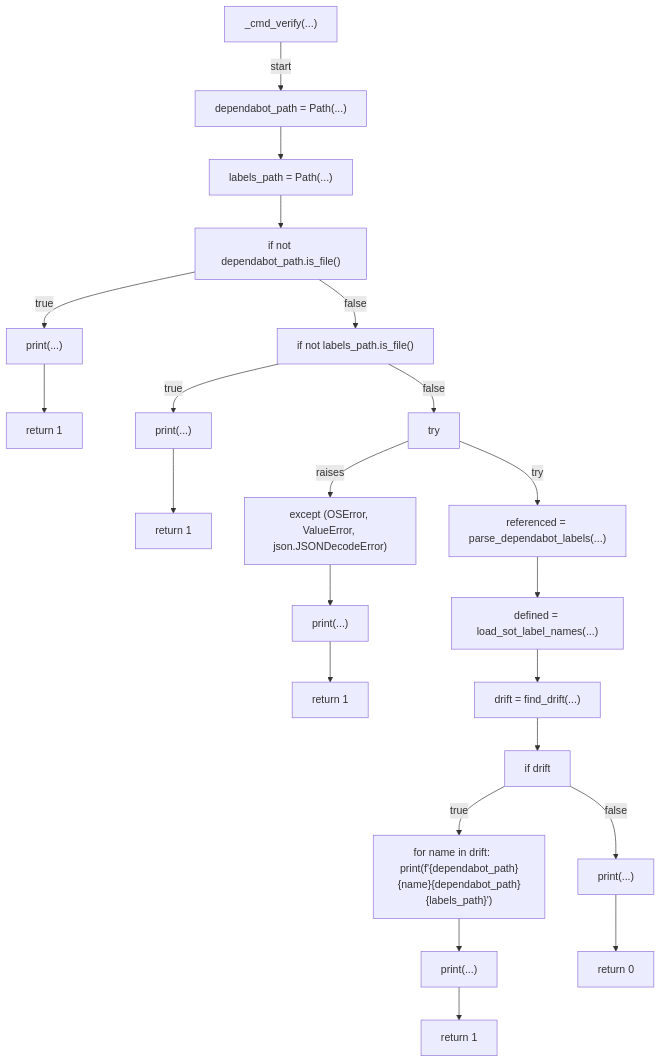
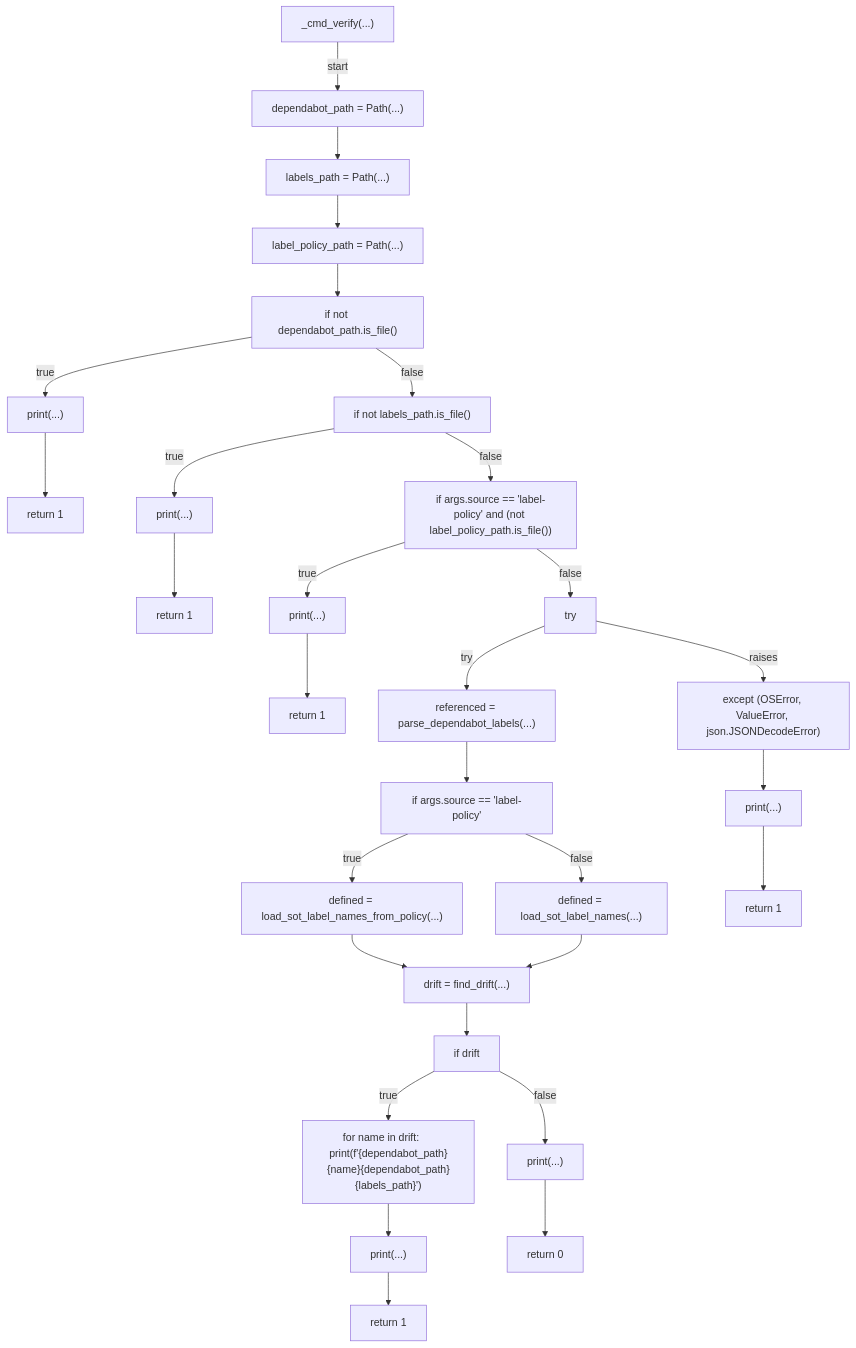
Before and after one commit to tvna/claude-md: the eighth of 9 diagrams in docs/generated/scripts/ast/dependabot_labels.md, drawn with Mermaid. The commit also changed other lines of this file and 3 other files, not shown here.

First line of the commit message:
docs(generated): regenerate decision tree and workflow diagrams (#2486)

````diff
--- a/docs/generated/scripts/ast/dependabot_labels.md
+++ b/docs/generated/scripts/ast/dependabot_labels.md
@@ -87,46 +98,59 @@
 ```mermaid
 flowchart TD
     N001["_cmd_verify(...)"]
     N002["dependabot_path = Path(...)"]
     N003["labels_path = Path(...)"]
-    N004["if not dependabot_path.is_file()"]
-    N005["print(...)"]
-    N006["return 1"]
-    N007["if not labels_path.is_file()"]
-    N008["print(...)"]
-    N009["return 1"]
-    N010["try"]
-    N011["referenced = parse_dependabot_labels(...)"]
-    N012["defined = load_sot_label_names(...)"]
-    N013["except (OSError, ValueError, json.JSONDecodeError)"]
-    N014["print(...)"]
-    N015["return 1"]
-    N016["drift = find_drift(...)"]
-    N017["if drift"]
-    N018["for name in drift:     print(f'<str>{dependabot_path}<str>{name}<str>{dependabot_path}<str>{labels_path}<str>')"]
-    N019["print(...)"]
-    N020["return 1"]
-    N021["print(...)"]
-    N022["return 0"]
+    N004["label_policy_path = Path(...)"]
+    N005["if not dependabot_path.is_file()"]
+    N006["print(...)"]
+    N007["return 1"]
+    N008["if not labels_path.is_file()"]
+    N009["print(...)"]
+    N010["return 1"]
+    N011["if args.source == 'label-policy' and (not label_policy_path.is_file())"]
+    N012["print(...)"]
+    N013["return 1"]
+    N014["try"]
+    N015["referenced = parse_dependabot_labels(...)"]
+    N016["if args.source == 'label-policy'"]
+    N017["defined = load_sot_label_names_from_policy(...)"]
+    N018["defined = load_sot_label_names(...)"]
+    N019["except (OSError, ValueError, json.JSONDecodeError)"]
+    N020["print(...)"]
+    N021["return 1"]
+    N022["drift = find_drift(...)"]
+    N023["if drift"]
+    N024["for name in drift:     print(f'<str>{dependabot_path}<str>{name}<str>{dependabot_path}<str>{labels_path}<str>')"]
+    N025["print(...)"]
+    N026["return 1"]
+    N027["print(...)"]
+    N028["return 0"]
     N001 -->|"start"| N002
     N002 --> N003
     N003 --> N004
-    N004 -->|"true"| N005
-    N005 --> N006
-    N004 -->|"false"| N007
-    N007 -->|"true"| N008
-    N008 --> N009
-    N007 -->|"false"| N010
-    N010 -->|"try"| N011
-    N011 --> N012
-    N010 -->|"raises"| N013
-    N013 --> N014
-    N014 --> N015
-    N012 --> N016
-    N016 --> N017
-    N017 -->|"true"| N018
-    N018 --> N019
+    N004 --> N005
+    N005 -->|"true"| N006
+    N006 --> N007
+    N005 -->|"false"| N008
+    N008 -->|"true"| N009
+    N009 --> N010
+    N008 -->|"false"| N011
+    N011 -->|"true"| N012
+    N012 --> N013
+    N011 -->|"false"| N014
+    N014 -->|"try"| N015
+    N015 --> N016
+    N016 -->|"true"| N017
+    N016 -->|"false"| N018
+    N014 -->|"raises"| N019
     N019 --> N020
-    N017 -->|"false"| N021
-    N021 --> N022
+    N020 --> N021
+    N017 --> N022
+    N018 --> N022
+    N022 --> N023
+    N023 -->|"true"| N024
+    N024 --> N025
+    N025 --> N026
+    N023 -->|"false"| N027
+    N027 --> N028
 ```
````
